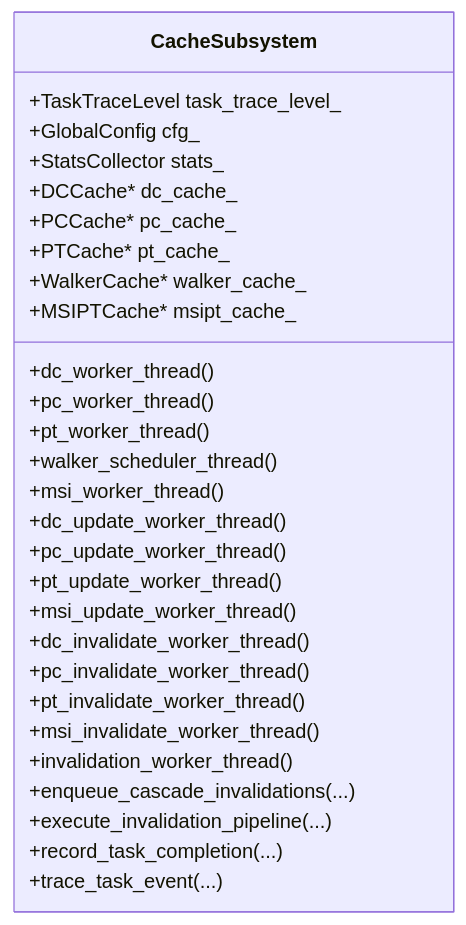
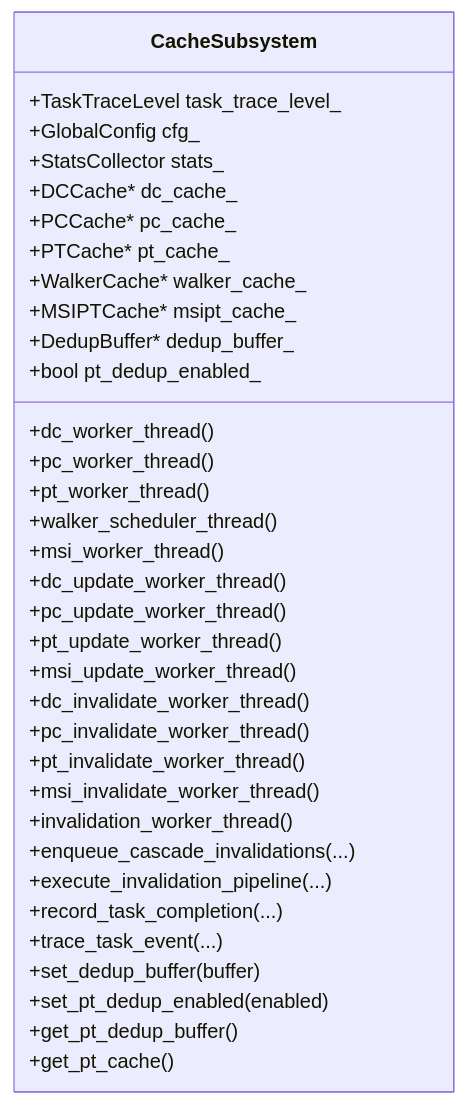
One commit to jiangjiang1122/iommu_model_20260401_v1 changed the third of 8 diagrams in .qoder/repowiki/zh/content/缓存系统架构/缓存子系统概览.md. Above: the diagram before and after it, drawn with Mermaid. The commit also changed other lines of this file and 22 other files, not shown here.

````diff
--- a/.qoder/repowiki/zh/content/缓存系统架构/缓存子系统概览.md
+++ b/.qoder/repowiki/zh/content/缓存系统架构/缓存子系统概览.md
@@ -154,31 +172,37 @@
 ```mermaid
 classDiagram
 class CacheSubsystem {
 +TaskTraceLevel task_trace_level_
 +GlobalConfig cfg_
 +StatsCollector stats_
 +DCCache* dc_cache_
 +PCCache* pc_cache_
 +PTCache* pt_cache_
 +WalkerCache* walker_cache_
 +MSIPTCache* msipt_cache_
++DedupBuffer* dedup_buffer_
++bool pt_dedup_enabled_
 +dc_worker_thread()
 +pc_worker_thread()
 +pt_worker_thread()
 +walker_scheduler_thread()
 +msi_worker_thread()
 +dc_update_worker_thread()
 +pc_update_worker_thread()
 +pt_update_worker_thread()
 +msi_update_worker_thread()
 +dc_invalidate_worker_thread()
 +pc_invalidate_worker_thread()
 +pt_invalidate_worker_thread()
 +msi_invalidate_worker_thread()
 +invalidation_worker_thread()
 +enqueue_cascade_invalidations(...)
 +execute_invalidation_pipeline(...)
 +record_task_completion(...)
 +trace_task_event(...)
++set_dedup_buffer(buffer)
++set_pt_dedup_enabled(enabled)
++get_pt_dedup_buffer()
++get_pt_cache()
 }
 ```
````
